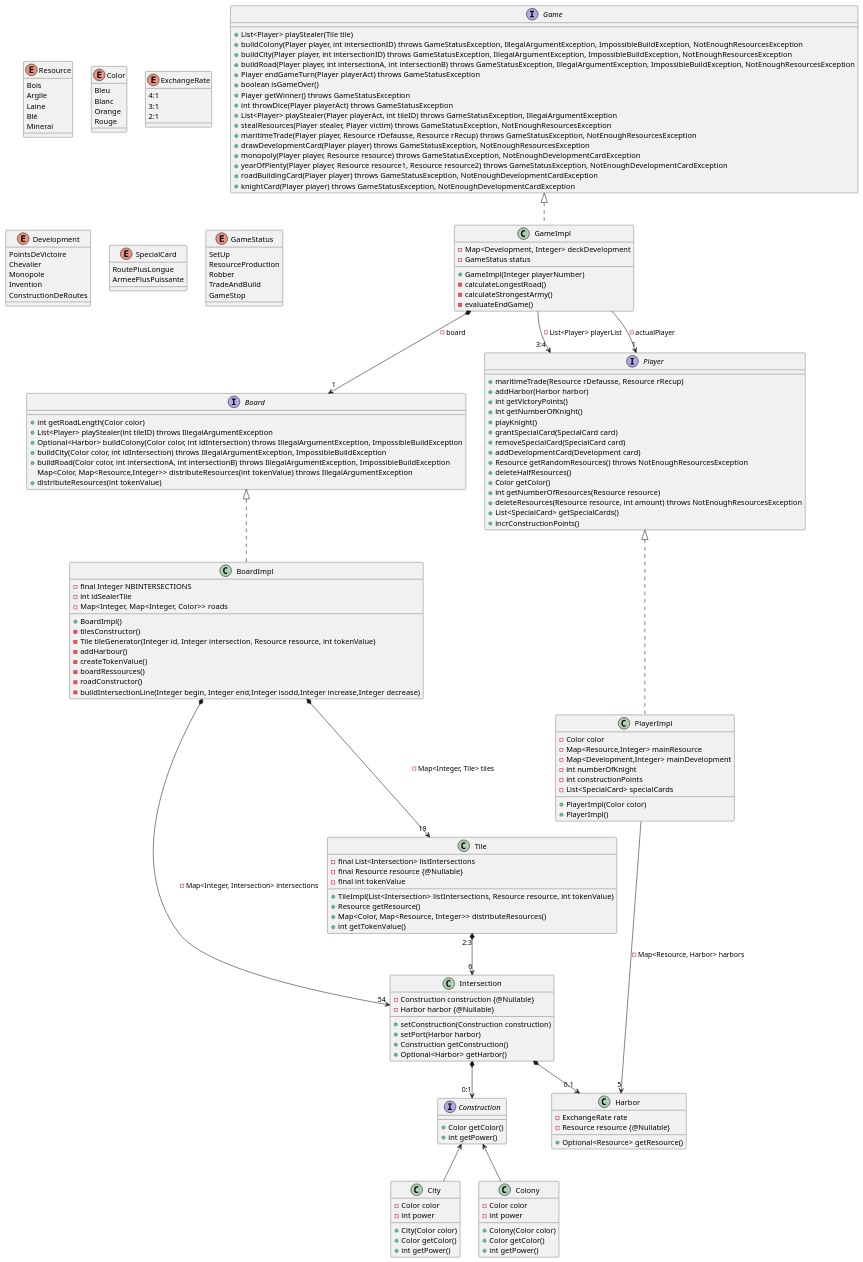
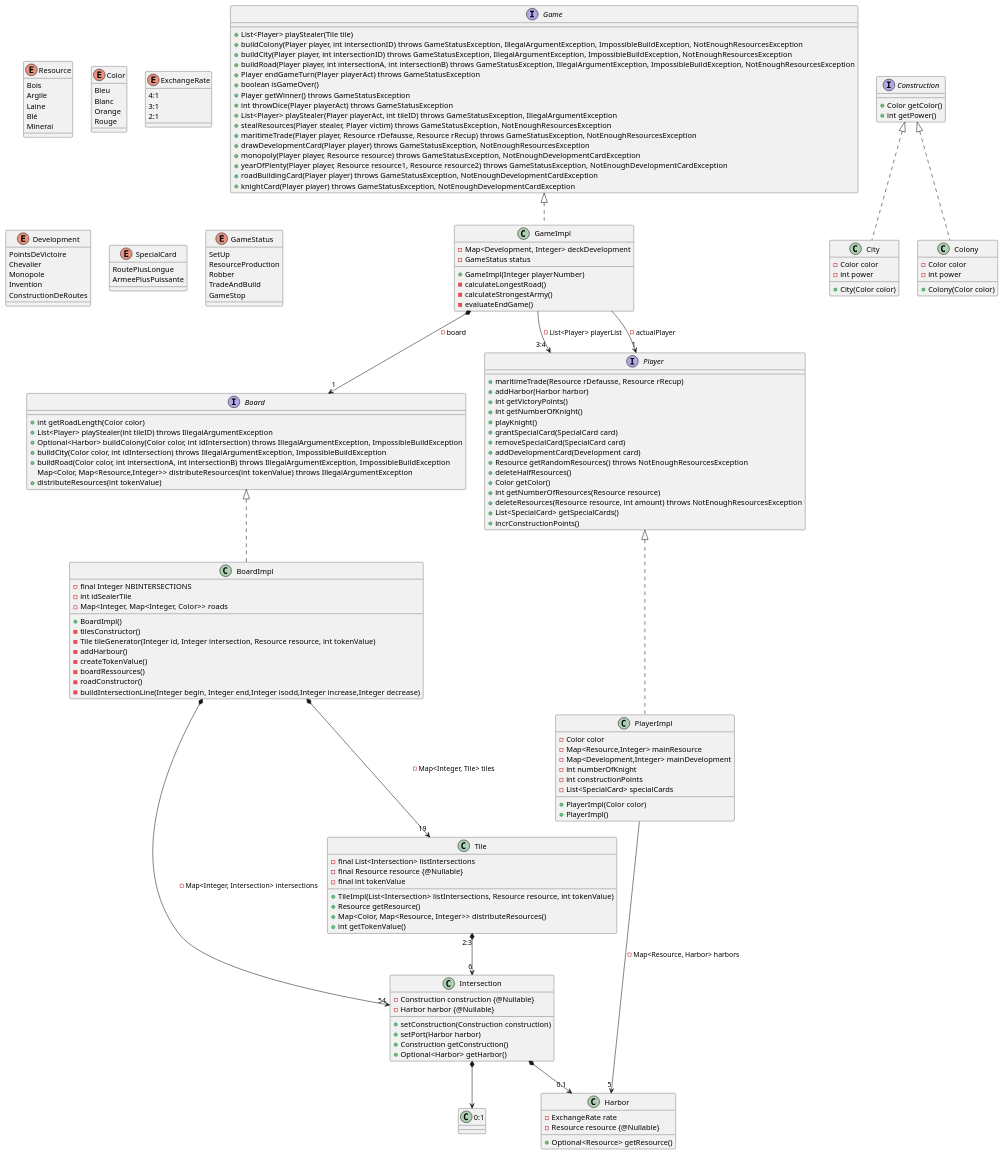
Before and after one commit to Lapin-Obez/colon_de_catane: the diagram in catan-doc/modules/conception/examples/gameClassDiag.plantuml, drawn with PlantUML.

Commit message:
Fix méthodes apparaissent deux fois dans le diagramme de classe

```diff
--- a/catan-doc/modules/conception/examples/gameClassDiag.plantuml
+++ b/catan-doc/modules/conception/examples/gameClassDiag.plantuml
@@ -1,199 +1,195 @@
 @startuml
 enum Resource {
     Bois
     Argile
     Laine
     Blé
     Minerai
 }
 
 enum Color {
     Bleu
     Blanc
     Orange
     Rouge
 }
 
 enum ExchangeRate {
     4:1
     3:1
     2:1
 }
 
 enum Development {
     PointsDeVictoire
     Chevalier
     Monopole
     Invention
     ConstructionDeRoutes
 }
 
 enum SpecialCard {
     RoutePlusLongue
     ArmeePlusPuissante
 }
 
 enum GameStatus {
     SetUp
     ResourceProduction
     Robber
     TradeAndBuild
     GameStop
 }
 
 interface Game {
     + List<Player> playStealer(Tile tile)
     + buildColony(Player player, int intersectionID) throws GameStatusException, IllegalArgumentException, ImpossibleBuildException, NotEnoughResourcesException
     + buildCity(Player player, int intersectionID) throws GameStatusException, IllegalArgumentException, ImpossibleBuildException, NotEnoughResourcesException
     + buildRoad(Player player, int intersectionA, int intersectionB) throws GameStatusException, IllegalArgumentException, ImpossibleBuildException, NotEnoughResourcesException
     + Player endGameTurn(Player playerAct) throws GameStatusException
     + boolean isGameOver()
     + Player getWinner() throws GameStatusException
     + int throwDice(Player playerAct) throws GameStatusException
     + List<Player> playStealer(Player playerAct, int tileID) throws GameStatusException, IllegalArgumentException
     + stealResources(Player stealer, Player victim) throws GameStatusException, NotEnoughResourcesException
     + maritimeTrade(Player player, Resource rDefausse, Resource rRecup) throws GameStatusException, NotEnoughResourcesException
     + drawDevelopmentCard(Player player) throws GameStatusException, NotEnoughResourcesException
     + monopoly(Player player, Resource resource) throws GameStatusException, NotEnoughDevelopmentCardException
     + yearOfPlenty(Player player, Resource resource1, Resource resource2) throws GameStatusException, NotEnoughDevelopmentCardException
     + roadBuildingCard(Player player) throws GameStatusException, NotEnoughDevelopmentCardException
     + knightCard(Player player) throws GameStatusException, NotEnoughDevelopmentCardException
 }
 
 class GameImpl {
     - Map<Development, Integer> deckDevelopment
     - GameStatus status
 
     + GameImpl(Integer playerNumber)
     - calculateLongestRoad()
     - calculateStrongestArmy()
     - evaluateEndGame()
 }
 
 interface Board {
     + int getRoadLength(Color color)
     + List<Player> playStealer(int tileID) throws IllegalArgumentException
     + Optional<Harbor> buildColony(Color color, int idIntersection) throws IllegalArgumentException, ImpossibleBuildException
     + buildCity(Color color, int idIntersection) throws IllegalArgumentException, ImpossibleBuildException
     + buildRoad(Color color, int intersectionA, int intersectionB) throws IllegalArgumentException, ImpossibleBuildException
     Map<Color, Map<Resource,Integer>> distributeResources(int tokenValue) throws IllegalArgumentException
     + distributeResources(int tokenValue)
 }
 
 class BoardImpl {
     - final Integer NBINTERSECTIONS
     - int idSealerTile
     - Map<Integer, Map<Integer, Color>> roads
 
     + BoardImpl()
     - tilesConstructor()
     - Tile tileGenerator(Integer id, Integer intersection, Resource resource, int tokenValue)
     - addHarbour()
     - createTokenValue()
     - boardRessources()
     - roadConstructor()
     - buildIntersectionLine(Integer begin, Integer end,Integer isodd,Integer increase,Integer decrease)
 }
 
 class Harbor{
     - ExchangeRate rate
     - Resource resource {@Nullable}
 
     + Optional<Resource> getResource()
 }
 
 class Tile{
     - final List<Intersection> listIntersections
     - final Resource resource {@Nullable}
     - final int tokenValue
 
     + TileImpl(List<Intersection> listIntersections, Resource resource, int tokenValue)
     + Resource getResource()
     + Map<Color, Map<Resource, Integer>> distributeResources()
     + int getTokenValue()
 }
 
 class Intersection{
     - Construction construction {@Nullable}
     - Harbor harbor {@Nullable}
 
     + setConstruction(Construction construction)
     + setPort(Harbor harbor)
     + Construction getConstruction()
     + Optional<Harbor> getHarbor()
 }
 
 interface Player {
     + maritimeTrade(Resource rDefausse, Resource rRecup)
     + addHarbor(Harbor harbor)
     + int getVictoryPoints()
     + int getNumberOfKnight()
     + playKnight()
     + grantSpecialCard(SpecialCard card)
     + removeSpecialCard(SpecialCard card)
     + addDevelopmentCard(Development card)
     + Resource getRandomResources() throws NotEnoughResourcesException
     + deleteHalfResources()
     + Color getColor()
     + int getNumberOfResources(Resource resource)
     + deleteResources(Resource resource, int amount) throws NotEnoughResourcesException
     + List<SpecialCard> getSpecialCards()
     + incrConstructionPoints()
 }
 
 class PlayerImpl {
     - Color color
     - Map<Resource,Integer> mainResource
     - Map<Development,Integer> mainDevelopment
     - int numberOfKnight
     - int constructionPoints
     - List<SpecialCard> specialCards
 
     + PlayerImpl(Color color)
     + PlayerImpl()
 }
 
 interface Construction {
     + Color getColor()
     + int getPower()
 }
 
 class City {
     - Color color
     - int power
 
     + City(Color color)
-    + Color getColor()
-    + int getPower()
 }
 
 class Colony {
     - Color color
     - int power
 
     + Colony(Color color)
-    + Color getColor()
-    + int getPower()
 }
 
 class BoardImpl implements Board
 class GameImpl implements Game
 class PlayerImpl implements Player
 
-Construction <-d- City
-Construction <-d- Colony
+class City implements Construction
+class Colony implements Construction
 
 GameImpl *--> "1" Board : - board
 BoardImpl *--> "19" Tile : - Map<Integer, Tile> tiles
 BoardImpl *--> "54" Intersection : - Map<Integer, Intersection> intersections
 
 Tile "2:3" *-->"6" Intersection
-Intersection *--> "0:1" Construction
+Intersection *--> "0:1"
 
 Intersection *--> "0.1" Harbor
 
 GameImpl --> "3:4" Player : - List<Player> playerList
 GameImpl --> "1" Player : - actualPlayer
 
 PlayerImpl --> "5" Harbor : - Map<Resource, Harbor> harbors
 @enduml
```
